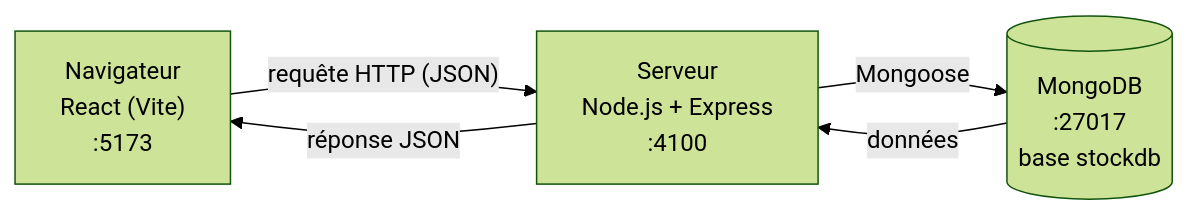
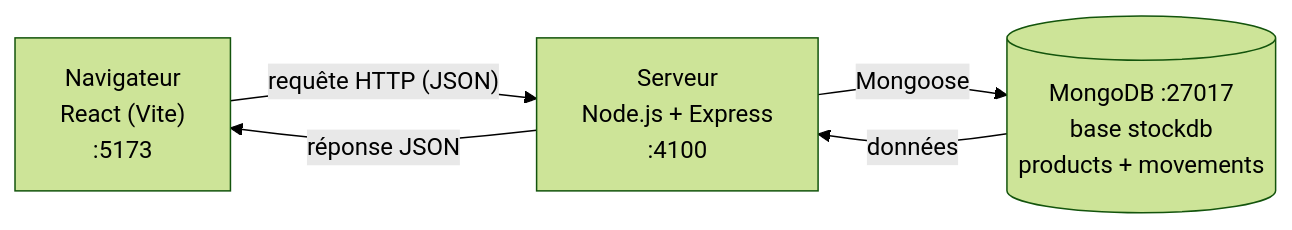
The first of 8 diagrams in README DU PROJET.md (ujeneza78/Hakicool), drawn with Mermaid (forest theme) before and after one commit. The commit also changed other lines of this file and 13 other files, not shown here.

````diff
--- a/README DU PROJET.md
+++ b/README DU PROJET.md
@@ -54,7 +60,7 @@
 ```mermaid
 flowchart LR
     A["Navigateur<br/>React (Vite)<br/>:5173"] -- "requête HTTP (JSON)" --> B["Serveur<br/>Node.js + Express<br/>:4100"]
-    B -- "Mongoose" --> C[("MongoDB<br/>:27017<br/>base stockdb")]
+    B -- "Mongoose" --> C[("MongoDB :27017<br/>base stockdb<br/>products + movements")]
     C -- "données" --> B
     B -- "réponse JSON" --> A
 ```
````
